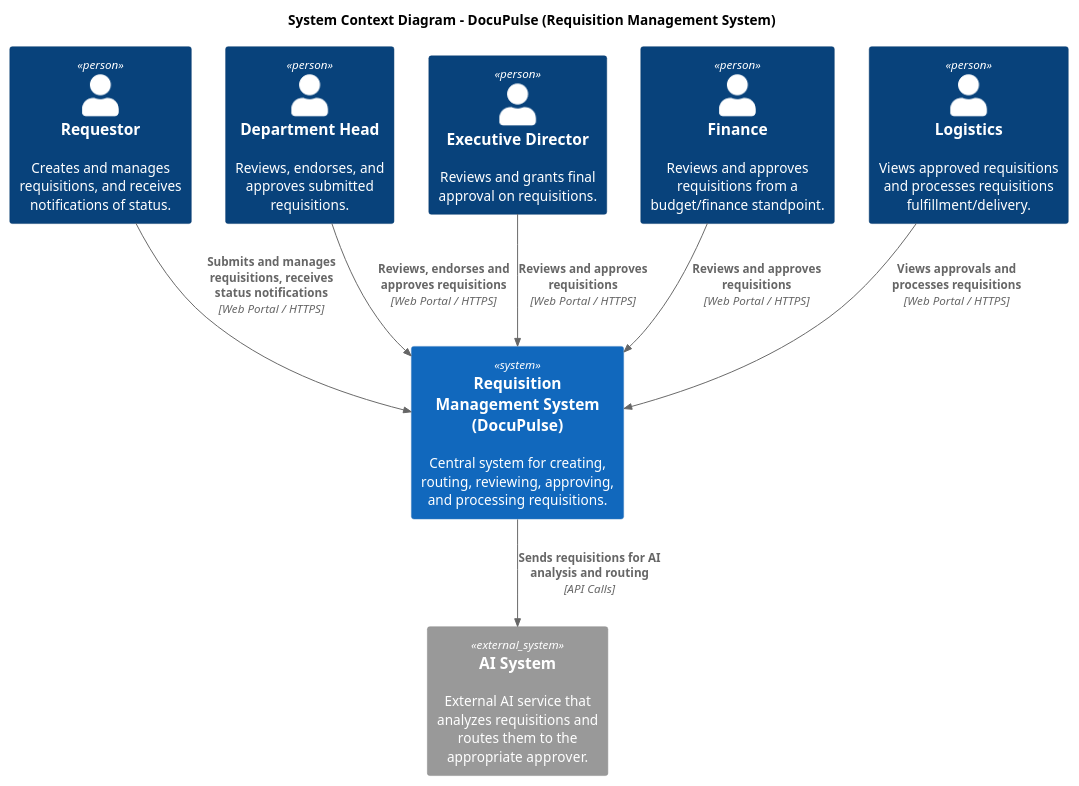
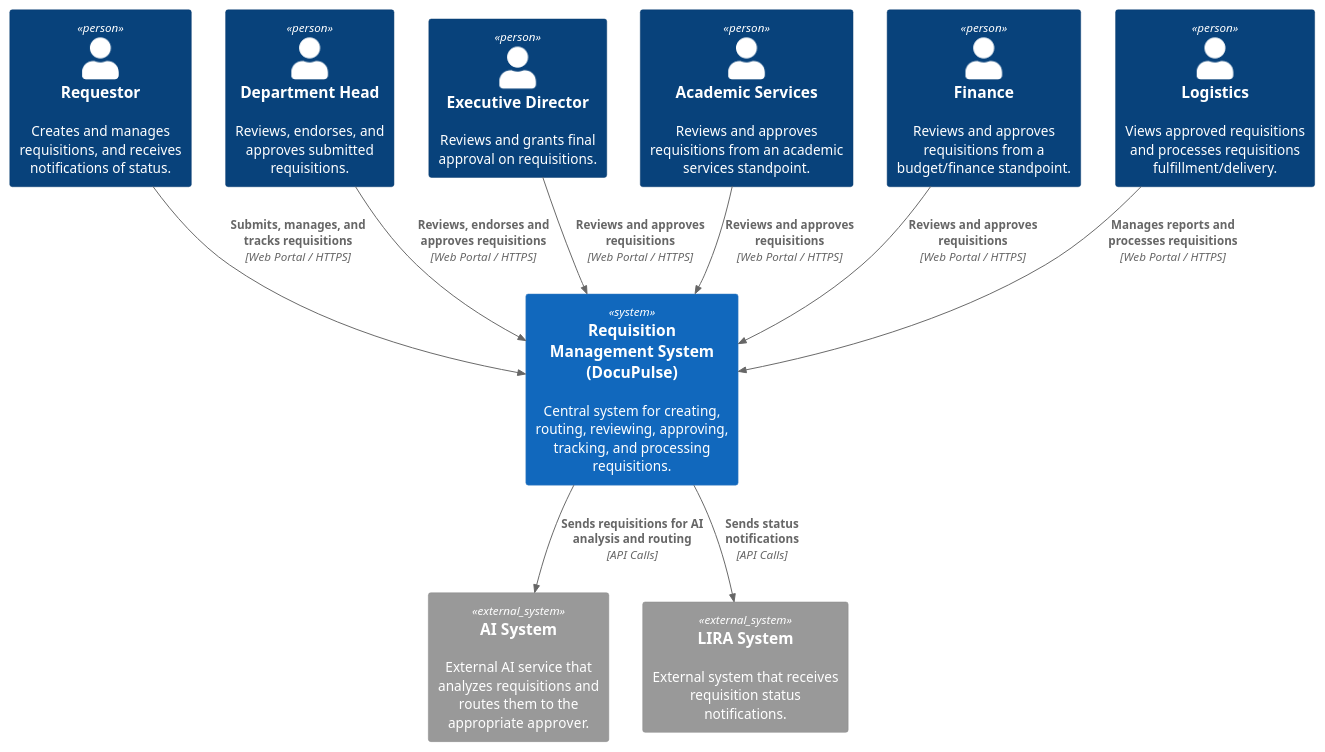
Before and after one commit to APC-SoCIT/APC-2026-2027-T1-IT241-Grp5-DocuPulse-An-AI-Assisted-Phygital-Document-Tracking-System: the diagram in docs/MSYADD1/DocuPulse-SystemContextDiagram.puml, drawn with PlantUML. The commit also changed 3 other files, not shown here.

Commit message:
c4 diagram fix

```diff
--- a/docs/MSYADD1/DocuPulse-SystemContextDiagram.puml
+++ b/docs/MSYADD1/DocuPulse-SystemContextDiagram.puml
@@ -1,24 +1,26 @@
-@startuml DocuPulseSystemContextDiagram
-!include https://raw.githubusercontent.com/plantuml-stdlib/C4-PlantUML/master/C4_Context.puml
-
-skinparam packageStyle rectangle
-title System Context Diagram - DocuPulse (Requisition Management System)
+@startuml DocuPulse_C4_Context
+!include <C4/C4_Context>
 
 Person(requestor, "Requestor", "Creates and manages requisitions, and receives notifications of status.")
-Person(department_head, "Department Head", "Reviews, endorses, and approves submitted requisitions.")
-Person(executive_director, "Executive Director", "Reviews and grants final approval on requisitions.")
+Person(depthead, "Department Head", "Reviews, endorses, and approves submitted requisitions.")
+Person(exec, "Executive Director", "Reviews and grants final approval on requisitions.")
+Person(acad, "Academic Services", "Reviews and approves requisitions from an academic services standpoint.")
 Person(finance, "Finance", "Reviews and approves requisitions from a budget/finance standpoint.")
 Person(logistics, "Logistics", "Views approved requisitions and processes requisitions fulfillment/delivery.")
 
-System(ecosystem, "Requisition Management System (DocuPulse)", "Central system for creating, routing, reviewing, approving, and processing requisitions.")
+System(docupulse, "Requisition Management System (DocuPulse)", "Central system for creating, routing, reviewing, approving, tracking, and processing requisitions.")
 
-System_Ext(ai_system, "AI System", "External AI service that analyzes requisitions and routes them to the appropriate approver.")
+System_Ext(ai, "AI System", "External AI service that analyzes requisitions and routes them to the appropriate approver.")
+System_Ext(lira, "LIRA System", "External system that receives requisition status notifications.")
 
-Rel(requestor, ecosystem, "Submits and manages requisitions, receives status notifications", "Web Portal / HTTPS")
-Rel(department_head, ecosystem, "Reviews, endorses and approves requisitions", "Web Portal / HTTPS")
-Rel(executive_director, ecosystem, "Reviews and approves requisitions", "Web Portal / HTTPS")
-Rel(finance, ecosystem, "Reviews and approves requisitions", "Web Portal / HTTPS")
-Rel(logistics, ecosystem, "Views approvals and processes requisitions", "Web Portal / HTTPS")
-Rel(ecosystem, ai_system, "Sends requisitions for AI analysis and routing", "API Calls")
+Rel_D(requestor, docupulse, "Submits, manages, and tracks requisitions", "Web Portal / HTTPS")
+Rel_D(depthead, docupulse, "Reviews, endorses and approves requisitions", "Web Portal / HTTPS")
+Rel_D(exec, docupulse, "Reviews and approves requisitions", "Web Portal / HTTPS")
+Rel_D(acad, docupulse, "Reviews and approves requisitions", "Web Portal / HTTPS")
+Rel_D(finance, docupulse, "Reviews and approves requisitions", "Web Portal / HTTPS")
+Rel_D(logistics, docupulse, "Manages reports and processes requisitions", "Web Portal / HTTPS")
+
+Rel_D(docupulse, ai, "Sends requisitions for AI analysis and routing", "API Calls")
+Rel_D(docupulse, lira, "Sends status notifications", "API Calls")
 
 @enduml
```
